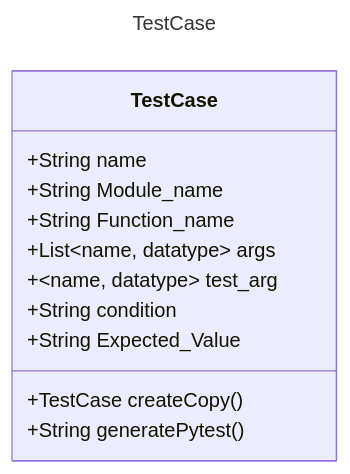
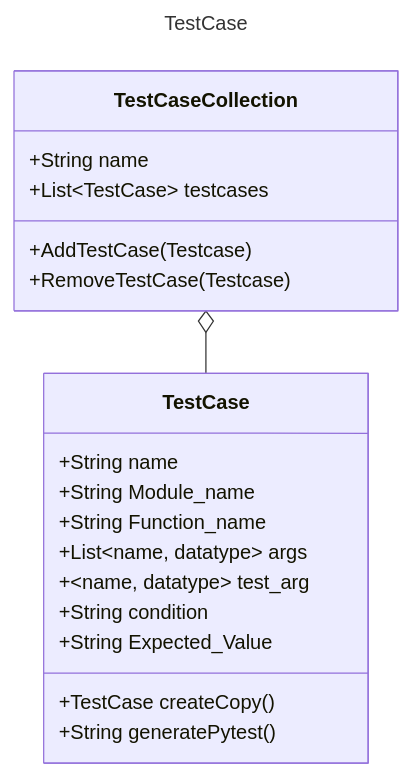
Before and after one commit to Caelan0501/devops_testgen: the diagram in docs/TestCase.mmd, drawn with Mermaid. The commit also changed 9 other files, not shown here.

```diff
--- a/docs/TestCase.mmd
+++ b/docs/TestCase.mmd
@@ -1,18 +1,25 @@
 ---
 title: TestCase
 ---
 classDiagram
     class TestCase{
         +String name
         +String Module_name
         +String Function_name
         +List~name, datatype~ args
-
         +~name, datatype~ test_arg
-
         +String condition
         +String Expected_Value
 
         +TestCase createCopy()
         +String generatePytest()
     }
+    class TestCaseCollection{
+        +String name
+        +List~TestCase~ testcases
+
+        +AddTestCase(Testcase)
+        +RemoveTestCase(Testcase)
+    }
+
+    TestCaseCollection o-- TestCase
```
